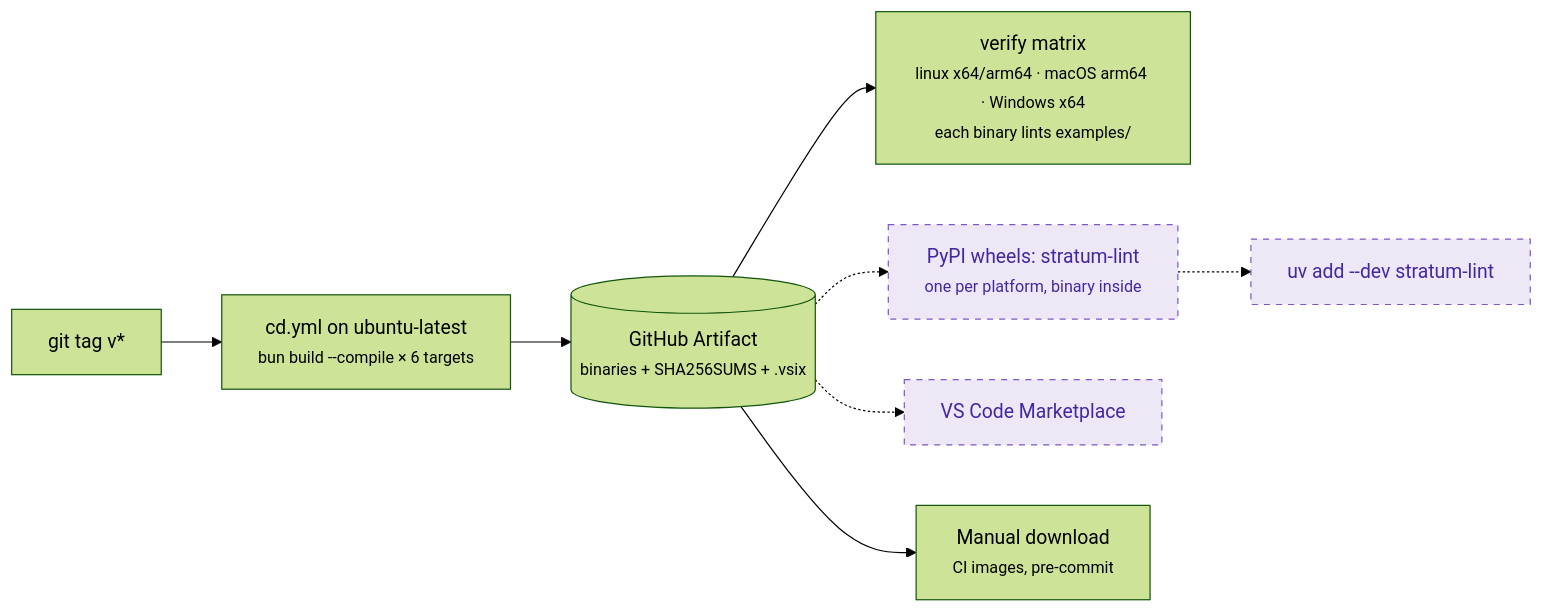
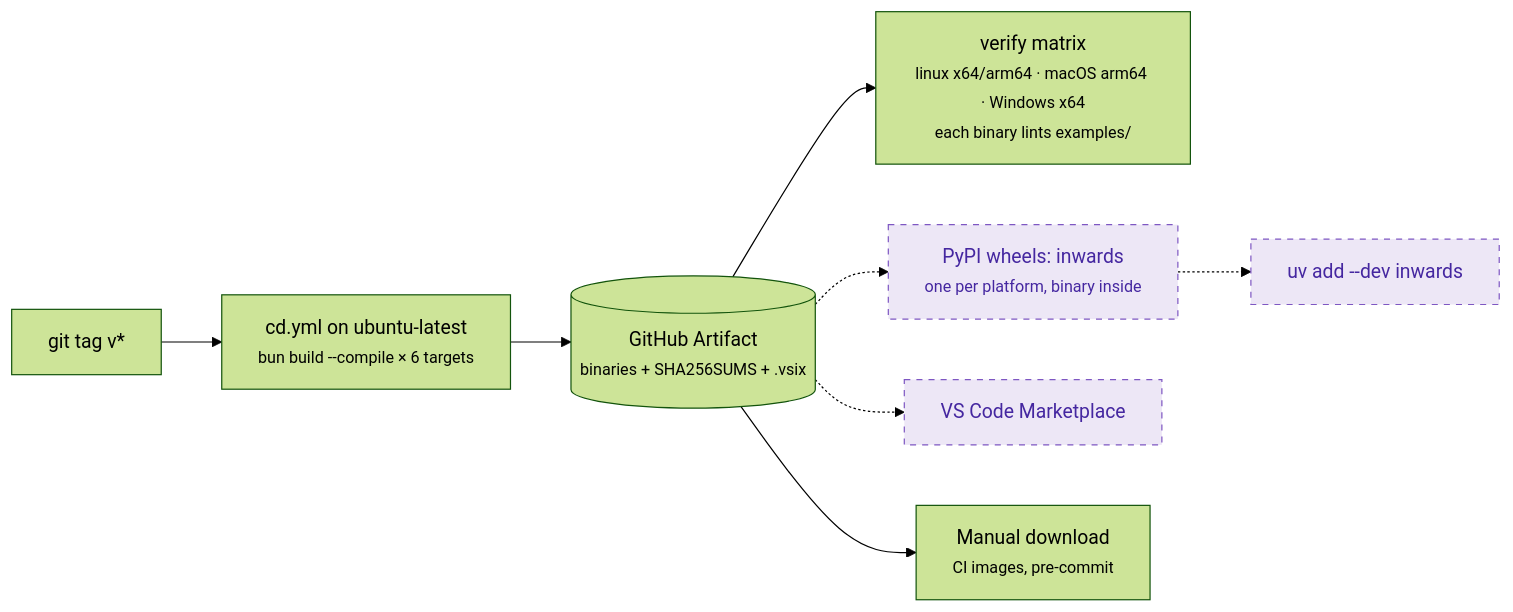
The sixth of 6 diagrams in docs/chapters/03-Architecture-C4.md (SirCypkowskyy/inwards), drawn with Mermaid (forest theme) before and after one commit. The commit also changed other lines of this file and 46 other files, not shown here.

First line of the commit message:
Rename Stratum to Inwards; publish docs on GitHub Pages

````diff
--- a/docs/chapters/03-Architecture-C4.md
+++ b/docs/chapters/03-Architecture-C4.md
@@ -219,13 +219,13 @@
 ```mermaid
 flowchart LR
     tag["git tag v*"] --> cd["cd.yml on ubuntu-latest<br/><small>bun build --compile × 6 targets</small>"]
     cd --> art[("GitHub Artifact<br/><small>binaries + SHA256SUMS + .vsix</small>")]
     art --> verify["verify matrix<br/><small>linux x64/arm64 · macOS arm64 · Windows x64<br/>each binary lints examples/</small>"]
-    art -.-> wheel["PyPI wheels: stratum-lint<br/><small>one per platform, binary inside</small>"]
+    art -.-> wheel["PyPI wheels: inwards<br/><small>one per platform, binary inside</small>"]
     art -.-> market["VS Code Marketplace"]
-    wheel -.-> dev["uv add --dev stratum-lint"]
+    wheel -.-> dev["uv add --dev inwards"]
     art --> manual["Manual download<br/><small>CI images, pre-commit</small>"]
 
     classDef planned fill:#ede7f6,color:#4527a0,stroke:#7e57c2,stroke-dasharray:5 5
     class wheel,market,dev planned
 ```
````
